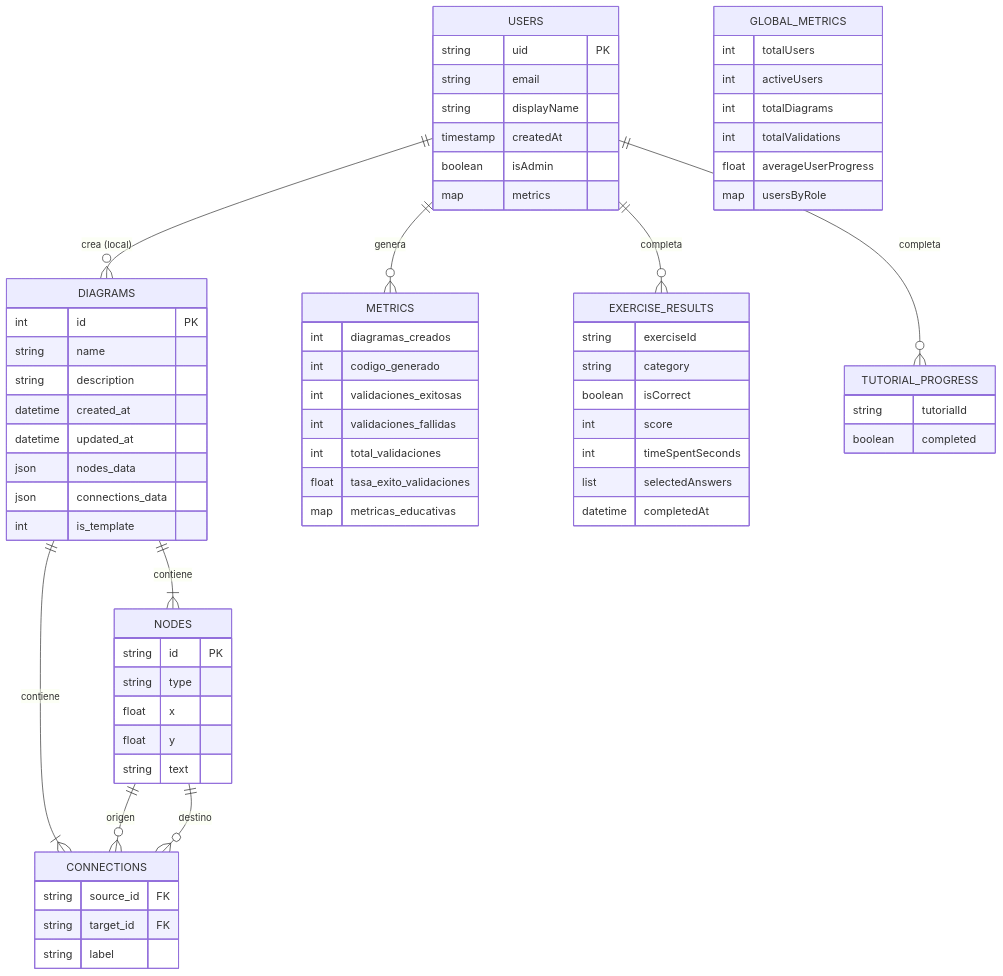
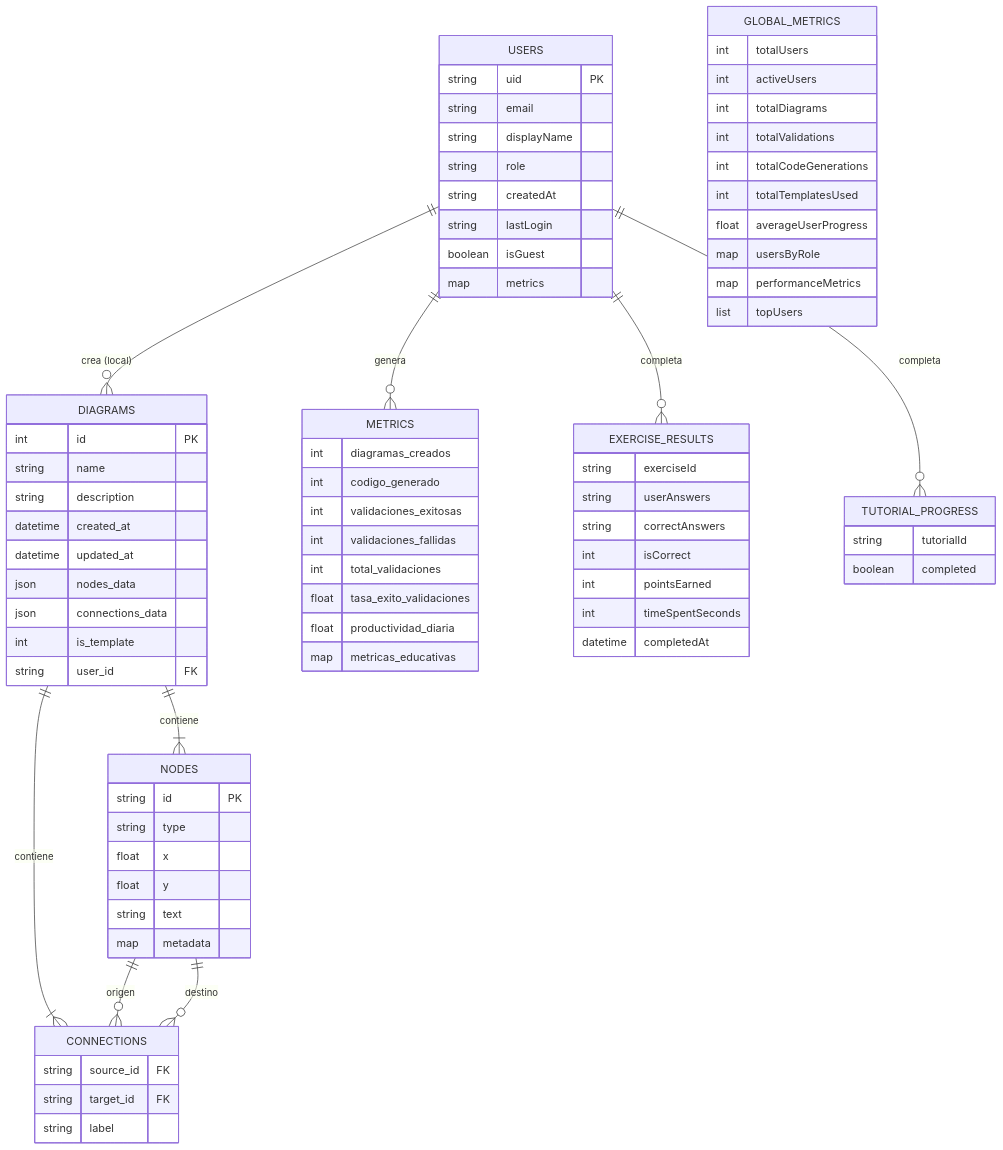
Before and after one commit to GUSTAVOIVANGQ/Trabajo-Terminal: the diagram in flowdiagramapp/DATABASE_DOCUMENTATION.md, drawn with Mermaid. The commit also changed other lines of this file and 129 other files, not shown here.

````diff
--- a/flowdiagramapp/DATABASE_DOCUMENTATION.md
+++ b/flowdiagramapp/DATABASE_DOCUMENTATION.md
@@ -384,8 +425,10 @@
         string uid PK
         string email
         string displayName
-        timestamp createdAt
-        boolean isAdmin
+        string role
+        string createdAt
+        string lastLogin
+        boolean isGuest
         map metrics
     }
     
@@ -398,6 +441,7 @@
         json nodes_data
         json connections_data
         int is_template
+        string user_id FK
     }
     
     NODES {
@@ -406,6 +450,7 @@
         float x
         float y
         string text
+        map metadata
     }
     
     CONNECTIONS {
@@ -421,16 +466,17 @@
         int validaciones_fallidas
         int total_validaciones
         float tasa_exito_validaciones
+        float productividad_diaria
         map metricas_educativas
     }
     
     EXERCISE_RESULTS {
         string exerciseId
-        string category
-        boolean isCorrect
-        int score
+        string userAnswers
+        string correctAnswers
+        int isCorrect
+        int pointsEarned
         int timeSpentSeconds
-        list selectedAnswers
         datetime completedAt
     }
     
@@ -444,7 +490,11 @@
         int activeUsers
         int totalDiagrams
         int totalValidations
+        int totalCodeGenerations
+        int totalTemplatesUsed
         float averageUserProgress
         map usersByRole
+        map performanceMetrics
+        list topUsers
     }
 ```
````
